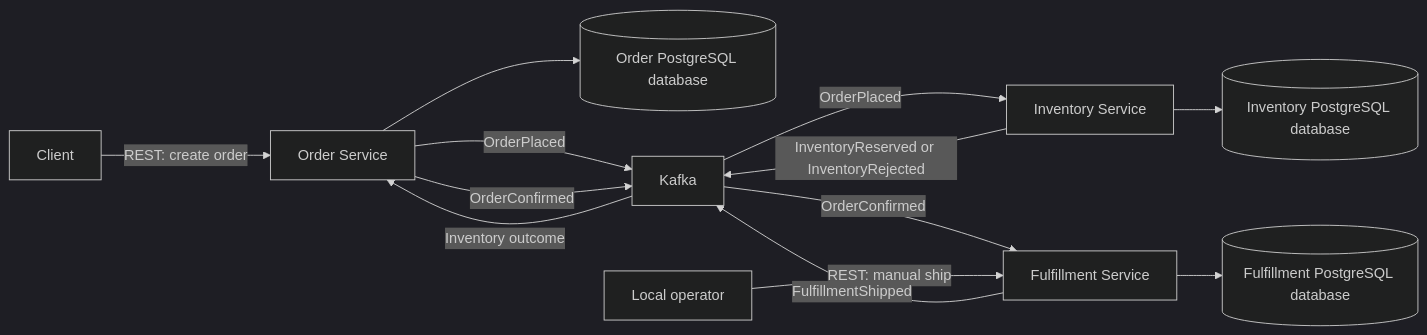
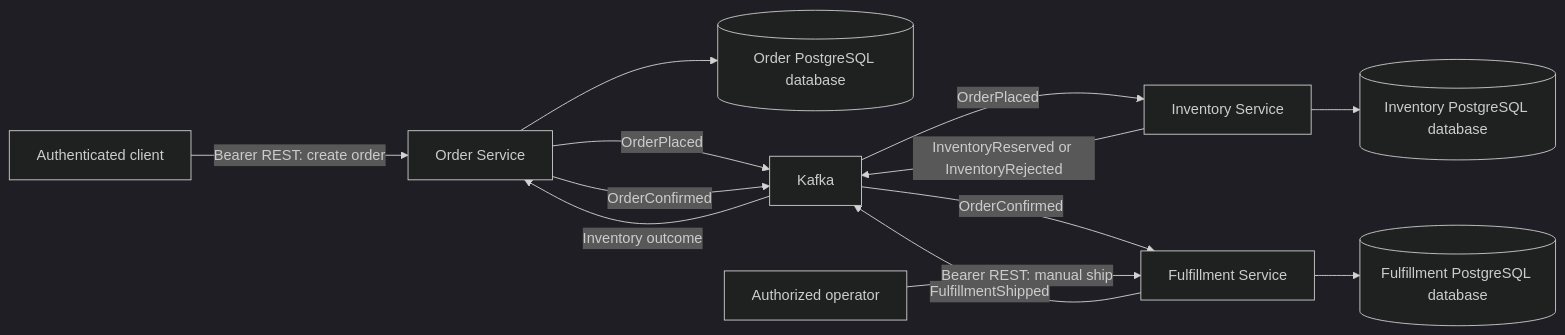
The diagram in README.md (PantelisZara/Warexis), drawn with Mermaid (dark theme) before and after one commit. The commit also changed other lines of this file and 12 other files, not shown here.

````diff
--- a/README.md
+++ b/README.md
@@ -21,15 +21,15 @@
 ```mermaid
 flowchart LR
-    Client["Client"] -->|"REST: create order"| Order["Order Service"]
+    Client["Authenticated client"] -->|"Bearer REST: create order"| Order["Order Service"]
     Order --> OrderDB[("Order PostgreSQL database")]
     Order -->|"OrderPlaced"| Kafka["Kafka"]
     Kafka -->|"OrderPlaced"| Inventory["Inventory Service"]
     Inventory --> InventoryDB[("Inventory PostgreSQL database")]
     Inventory -->|"InventoryReserved or InventoryRejected"| Kafka
     Kafka -->|"Inventory outcome"| Order
     Order -->|"OrderConfirmed"| Kafka
     Kafka -->|"OrderConfirmed"| Fulfillment["Fulfillment Service"]
     Fulfillment --> FulfillmentDB[("Fulfillment PostgreSQL database")]
-    Operator["Local operator"] -->|"REST: manual ship"| Fulfillment
+    Operator["Authorized operator"] -->|"Bearer REST: manual ship"| Fulfillment
     Fulfillment -->|"FulfillmentShipped"| Kafka
 ```
````
